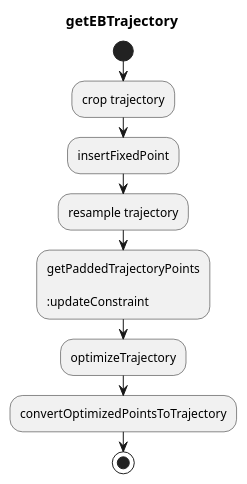
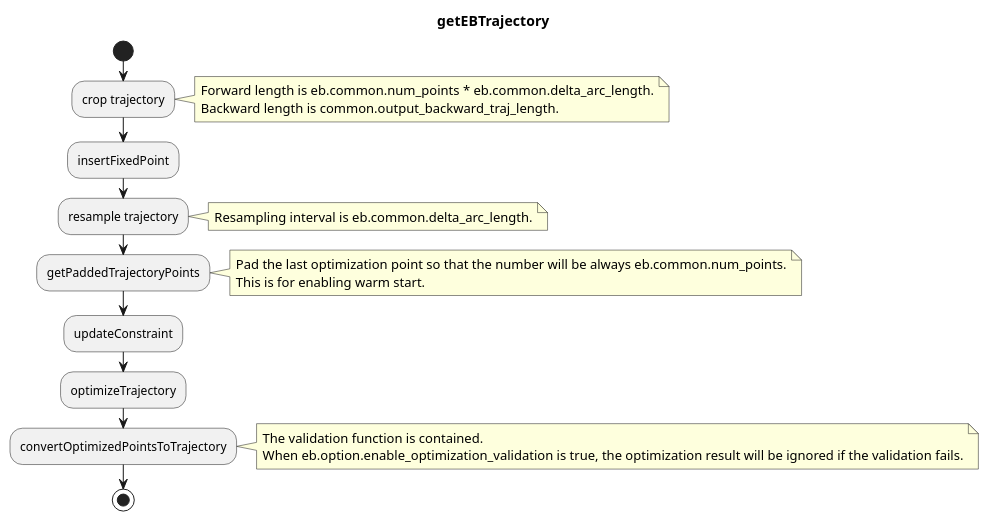
The diagram in planning/obstacle_avoidance_planner/docs/eb.md (autowarefoundation/autoware), drawn with PlantUML before and after one commit. The commit also changed other lines of this file and 42 other files, not shown here.

````diff
--- a/planning/obstacle_avoidance_planner/docs/eb.md
+++ b/planning/obstacle_avoidance_planner/docs/eb.md
@@ -13,22 +13,37 @@
 ```plantuml
 @startuml
 title getEBTrajectory
 start
 
 :crop trajectory;
+note right
+Forward length is eb.common.num_points * eb.common.delta_arc_length.
+Backward length is common.output_backward_traj_length.
+end note
 
 :insertFixedPoint;
 
 :resample trajectory;
+note right
+Resampling interval is eb.common.delta_arc_length.
+end note
 
-:getPaddedTrajectoryPoints
+:getPaddedTrajectoryPoints;
+note right
+Pad the last optimization point so that the number will be always eb.common.num_points.
+This is for enabling warm start.
+end note
 
 :updateConstraint;
 
 :optimizeTrajectory;
 
 :convertOptimizedPointsToTrajectory;
+note right
+The validation function is contained.
+When eb.option.enable_optimization_validation is true, the optimization result will be ignored if the validation fails.
+end note
 
 stop
 @enduml
 ```
````
